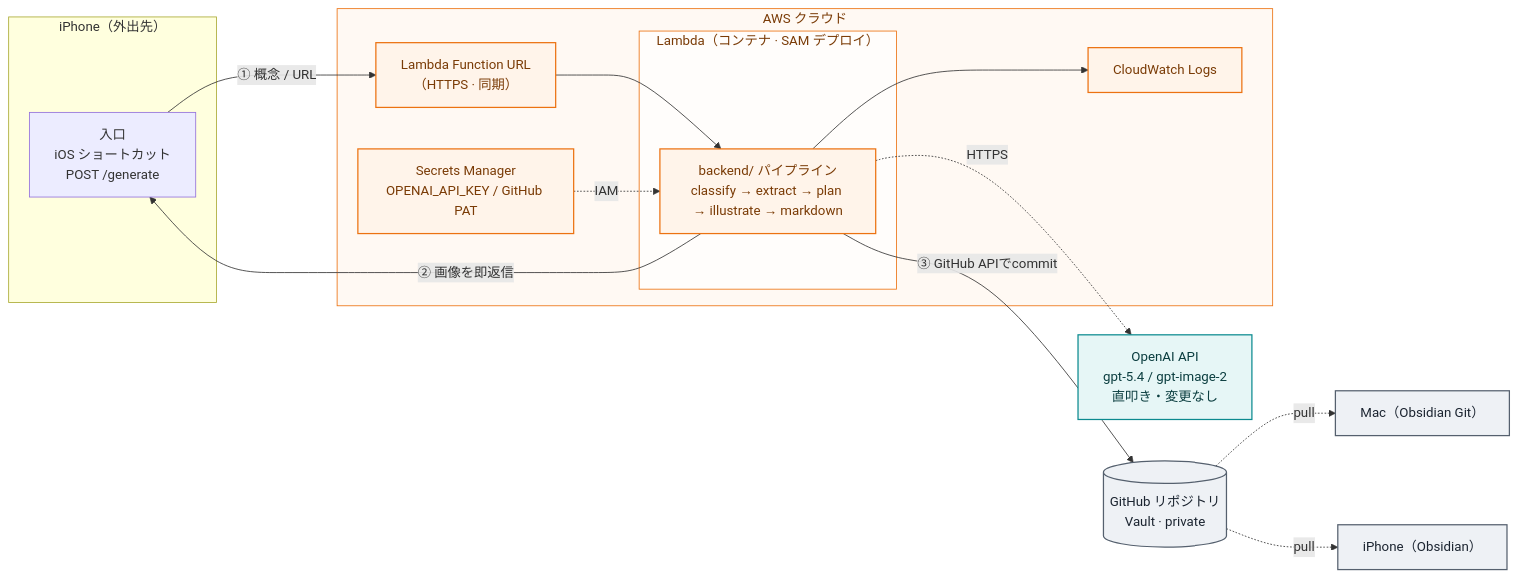
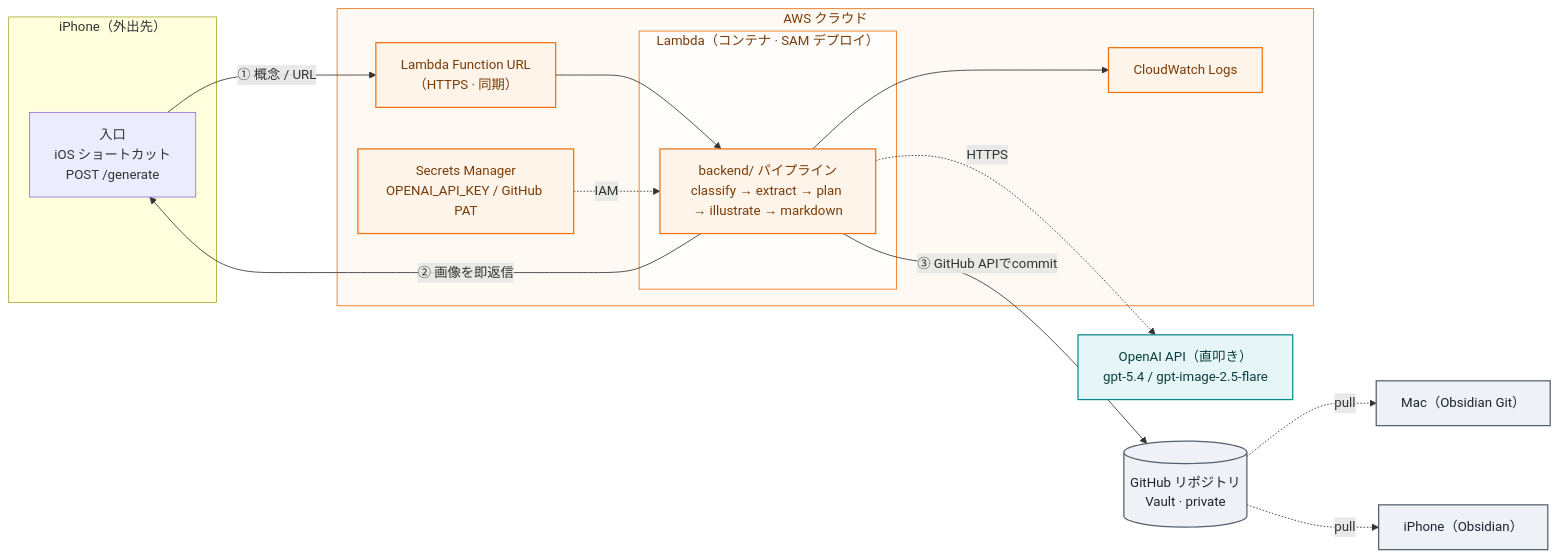
One commit to ttk1010/ai-second-brain changed the second of 2 diagrams in docs/ARCHITECTURE_DIAGRAMS.md. Above: the diagram before and after it, drawn with Mermaid. The commit also changed other lines of this file and 18 other files, not shown here.

First line of the commit message:
Use gpt-image-2.5-flare on the cloud path and document per-note cost (Issues #45, #35) (#91)

````diff
--- a/docs/ARCHITECTURE_DIAGRAMS.md
+++ b/docs/ARCHITECTURE_DIAGRAMS.md
@@ -40,33 +40,33 @@
 ```mermaid
 flowchart LR
   classDef ext fill:#E6F6F6,stroke:#0B8A8F,stroke-width:1.5px,color:#0a3d3f;
   classDef store fill:#EEF1F5,stroke:#55606E,stroke-width:1.5px,color:#1B2430;
   classDef aws fill:#FFF4EA,stroke:#EC7211,stroke-width:1.5px,color:#7a3b06;
   subgraph PHONE["iPhone（外出先）"]
     SC["入口<br/>iOS ショートカット<br/>POST /generate"]
   end
   subgraph CLOUD["AWS クラウド"]
     FURL["Lambda Function URL<br/>（HTTPS · 同期）"]
     subgraph LAM["Lambda（コンテナ · SAM デプロイ）"]
       PIPE["backend/ パイプライン<br/>classify → extract → plan → illustrate → markdown"]
     end
     SM["Secrets Manager<br/>OPENAI_API_KEY / GitHub PAT"]
     CW["CloudWatch Logs"]
   end
-  OAI["OpenAI API<br/>gpt-5.4 / gpt-image-2<br/>直叩き・変更なし"]
+  OAI["OpenAI API（直叩き）<br/>gpt-5.4 / gpt-image-2.5-flare"]
   GIT[("GitHub リポジトリ<br/>Vault · private")]
   SC -->|"① 概念 / URL"| FURL
   FURL --> PIPE
   SM -.->|IAM| PIPE
   PIPE --> CW
   PIPE -.->|HTTPS| OAI
   PIPE -->|"② 画像を即返信"| SC
   PIPE -->|"③ GitHub APIでcommit"| GIT
   GIT -.->|pull| MAC["Mac（Obsidian Git）"]
   GIT -.->|pull| OBS["iPhone（Obsidian）"]
   class OAI ext
   class GIT,MAC,OBS store
   class FURL,SM,CW,PIPE aws
   style CLOUD fill:#fff9f3,stroke:#EC7211,color:#7a3b06
   style LAM fill:#fffdfb,stroke:#EC7211,color:#7a3b06
 ```
````
